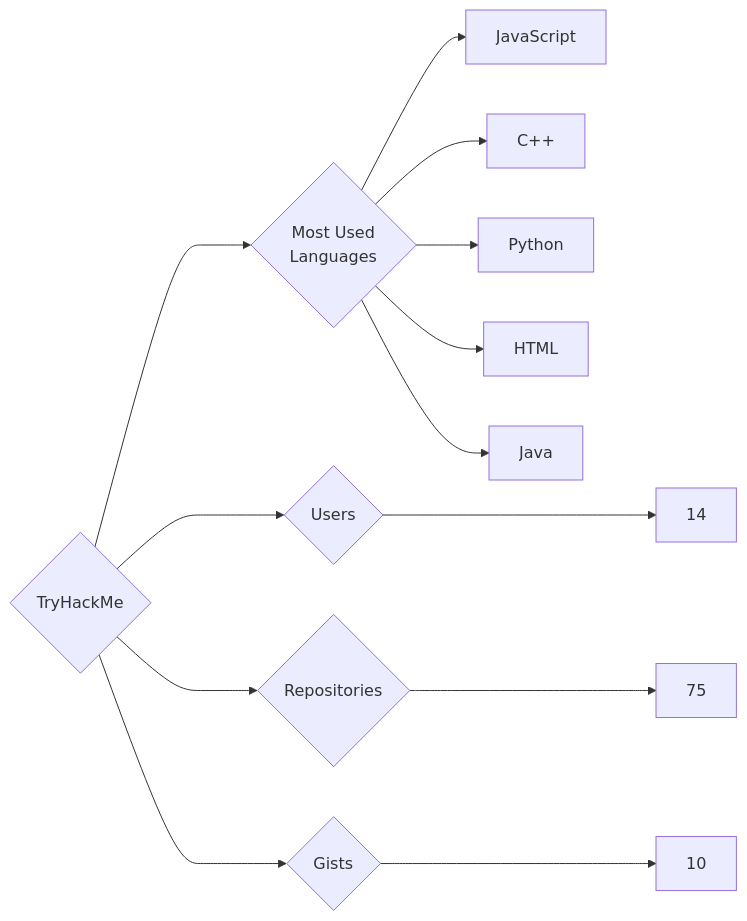
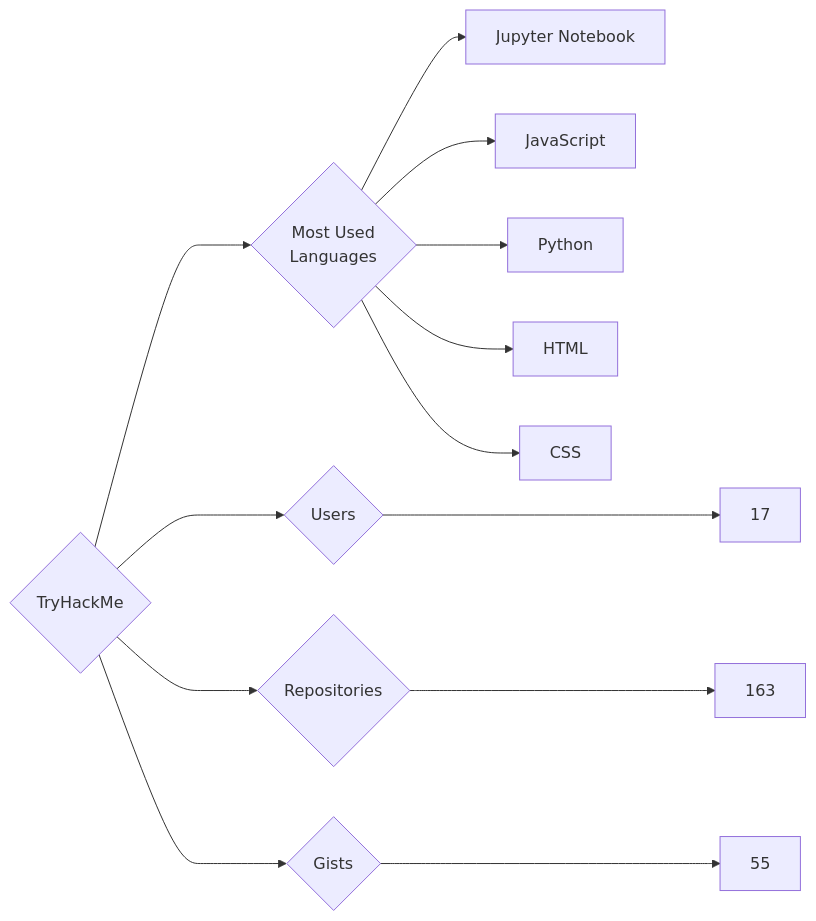
The diagram in targets/TryHackMe/README.md (trickest/insiders), drawn with Mermaid before and after one commit. The commit also changed 973 other files, not shown here.

````diff
--- a/targets/TryHackMe/README.md
+++ b/targets/TryHackMe/README.md
@@ -3,13 +3,13 @@
 ```mermaid
 graph LR
 COMPANY_NAME{TryHackMe}
-COMPANY_NAME ---> U{Users} ---> UN[14]
-COMPANY_NAME ---> R{Repositories} ---> RN[75]
-COMPANY_NAME ---> G{Gists} ---> GN[10]
+COMPANY_NAME ---> U{Users} ---> UN[17]
+COMPANY_NAME ---> R{Repositories} ---> RN[163]
+COMPANY_NAME ---> G{Gists} ---> GN[55]
 COMPANY_NAME ---> ML{Most Used<br>Languages}
+ML --> Jupyter_Notebook[Jupyter Notebook]
 ML --> JavaScript[JavaScript]
-ML --> C++[C++]
 ML --> Python[Python]
 ML --> HTML[HTML]
-ML --> Java[Java]
+ML --> CSS[CSS]
 ```
````
